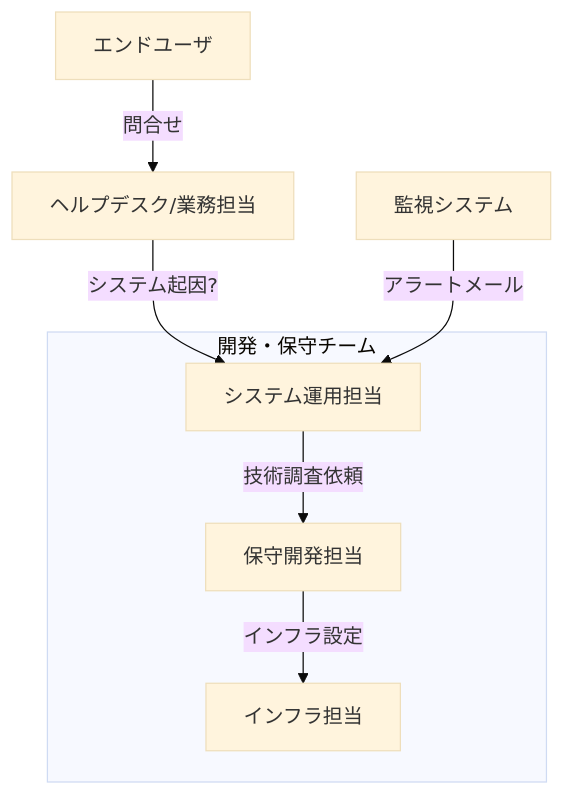
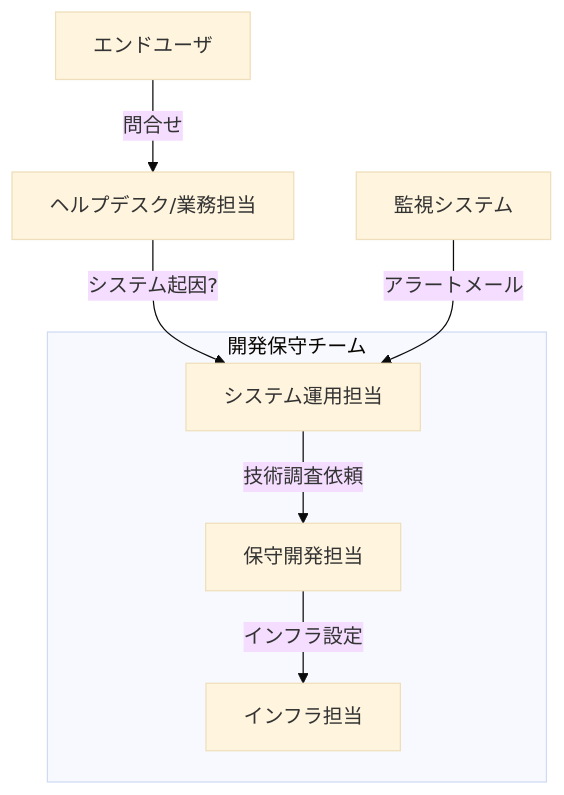
Before and after one commit to oskbc/doc-convert-demo: the first of 2 diagrams in docs/src/70_Operation/53_運用・保守計画書.md, drawn with Mermaid (base theme).

Commit message:
Update subgraph label in operation plan document

````diff
--- a/docs/src/70_Operation/53_運用・保守計画書.md
+++ b/docs/src/70_Operation/53_運用・保守計画書.md
@@ -88,12 +88,12 @@
 ```mermaid
 graph TD
     User[エンドユーザ] -->|問合せ| Help[ヘルプデスク/業務担当]
     Help -->|システム起因?| Ops[システム運用担当]
     
-    subgraph "開発・保守チーム"
+    subgraph 開発保守チーム
     Ops -->|技術調査依頼| Dev[保守開発担当]
     Dev -->|インフラ設定| Infra[インフラ担当]
     end
     
     System[監視システム] -->|アラートメール| Ops
 ```
````
